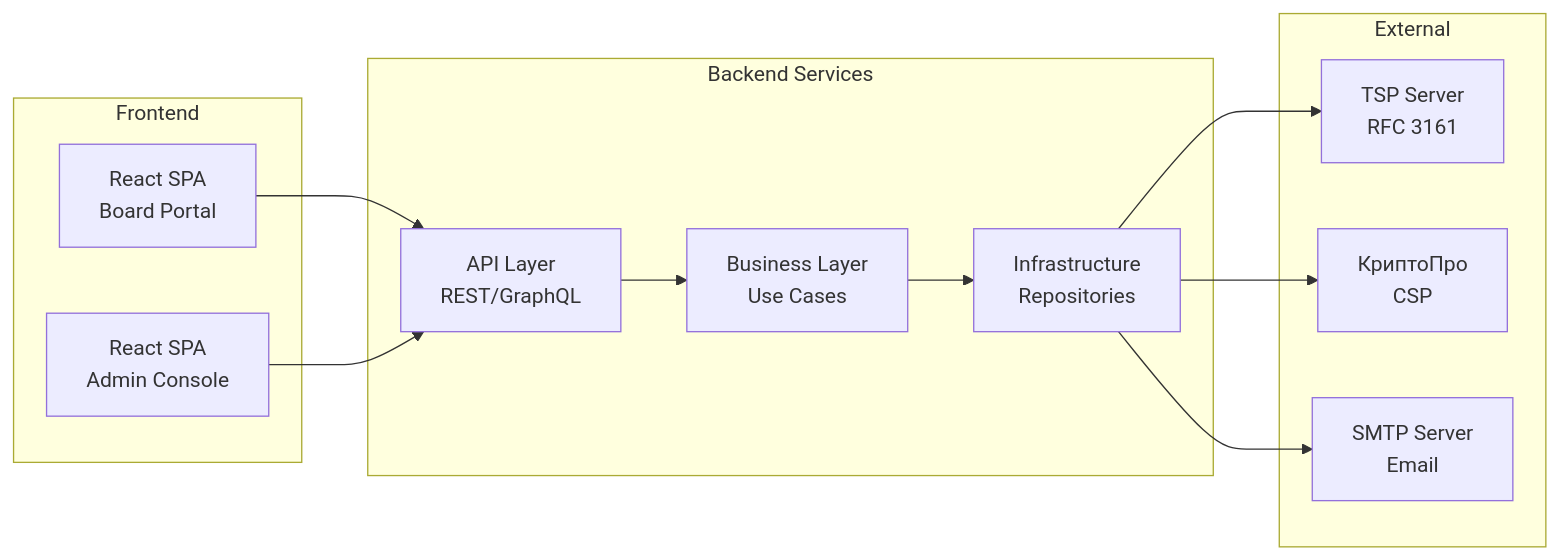
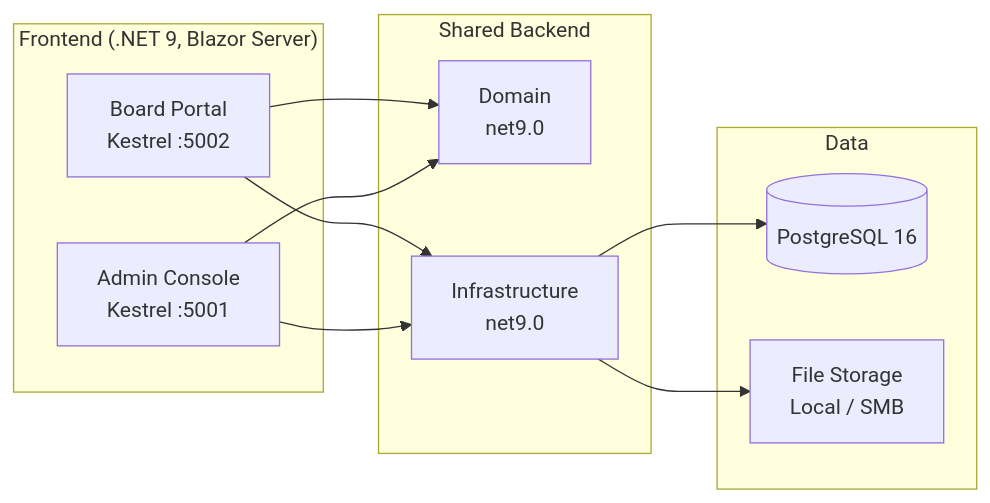
Before and after one commit to arsenyuk/SamorodinkaTech.Fiducia: the second of 7 diagrams in docs/architecture.md, drawn with Mermaid. The commit also changed other lines of this file and 6 other files, not shown here.

First line of the commit message:
docs: актуализировать документацию под фактическую архитектуру (Blazor Server, .NET 9, Database-First)

````diff
--- a/docs/architecture.md
+++ b/docs/architecture.md
@@ -104,29 +70,25 @@
 ```mermaid
 graph LR
-    subgraph "Frontend"
-        REACT[React SPA<br/>Board Portal]
-        ADMIN_REACT[React SPA<br/>Admin Console]
+    subgraph "Frontend (.NET 9, Blazor Server)"
+        BOARD[Board Portal<br/>Kestrel :5002]
+        ADM[Admin Console<br/>Kestrel :5001]
     end
 
-    subgraph "Backend Services"
-        API[API Layer<br/>REST/GraphQL]
-        BIZ[Business Layer<br/>Use Cases]
-        INFRA[Infrastructure<br/>Repositories]
+    subgraph "Shared Backend"
+        DOM[Domain<br/>net9.0]
+        INF[Infrastructure<br/>net9.0]
     end
 
-    subgraph "External"
-        TSP_S[TSP Server<br/>RFC 3161]
-        CRYPTO_S[КриптоПро<br/>CSP]
-        SMTP_S[SMTP Server<br/>Email]
+    subgraph "Data"
+        PG[(PostgreSQL 16)]
+        FS[File Storage<br/>Local / SMB]
     end
 
-    REACT --> API
-    ADMIN_REACT --> API
+    BOARD --> DOM
+    BOARD --> INF
+    ADM --> DOM
+    ADM --> INF
 
-    API --> BIZ
-    BIZ --> INFRA
-
-    INFRA --> TSP_S
-    INFRA --> CRYPTO_S
-    INFRA --> SMTP_S
+    INF --> PG
+    INF --> FS
 ```
````
